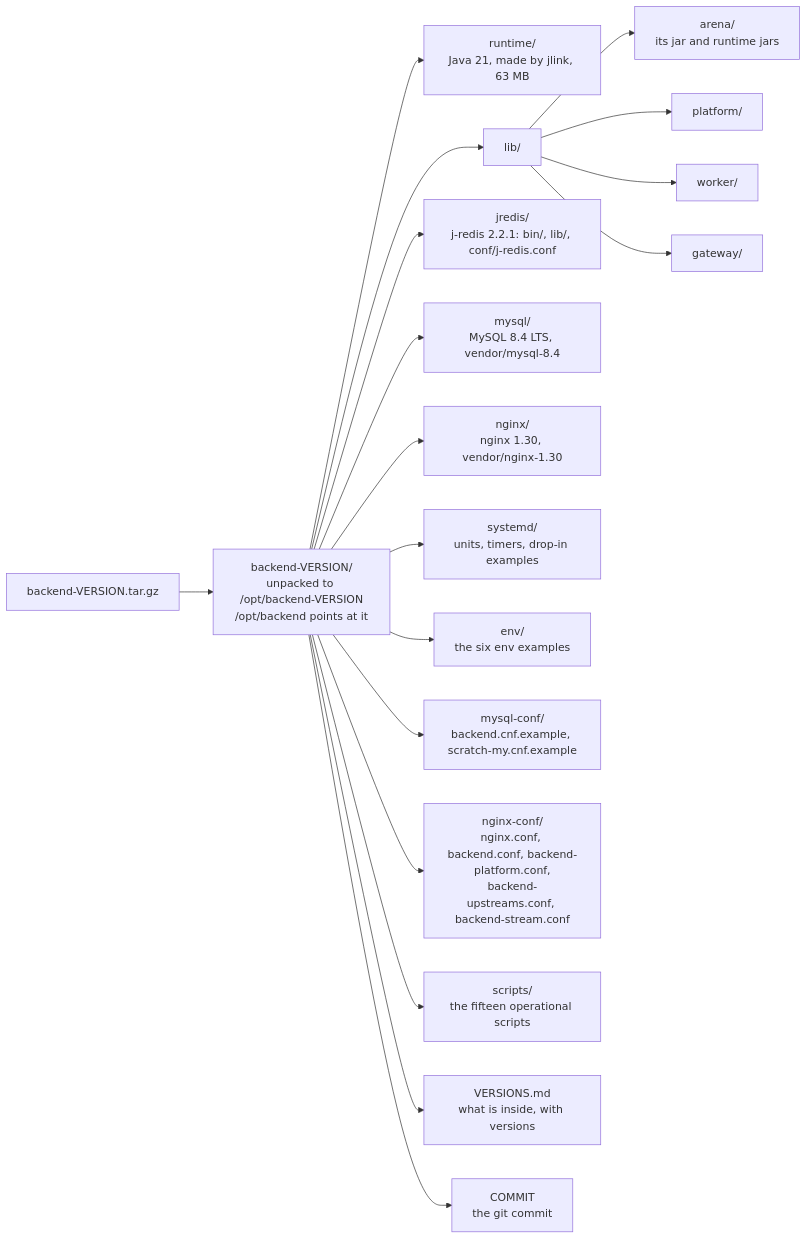
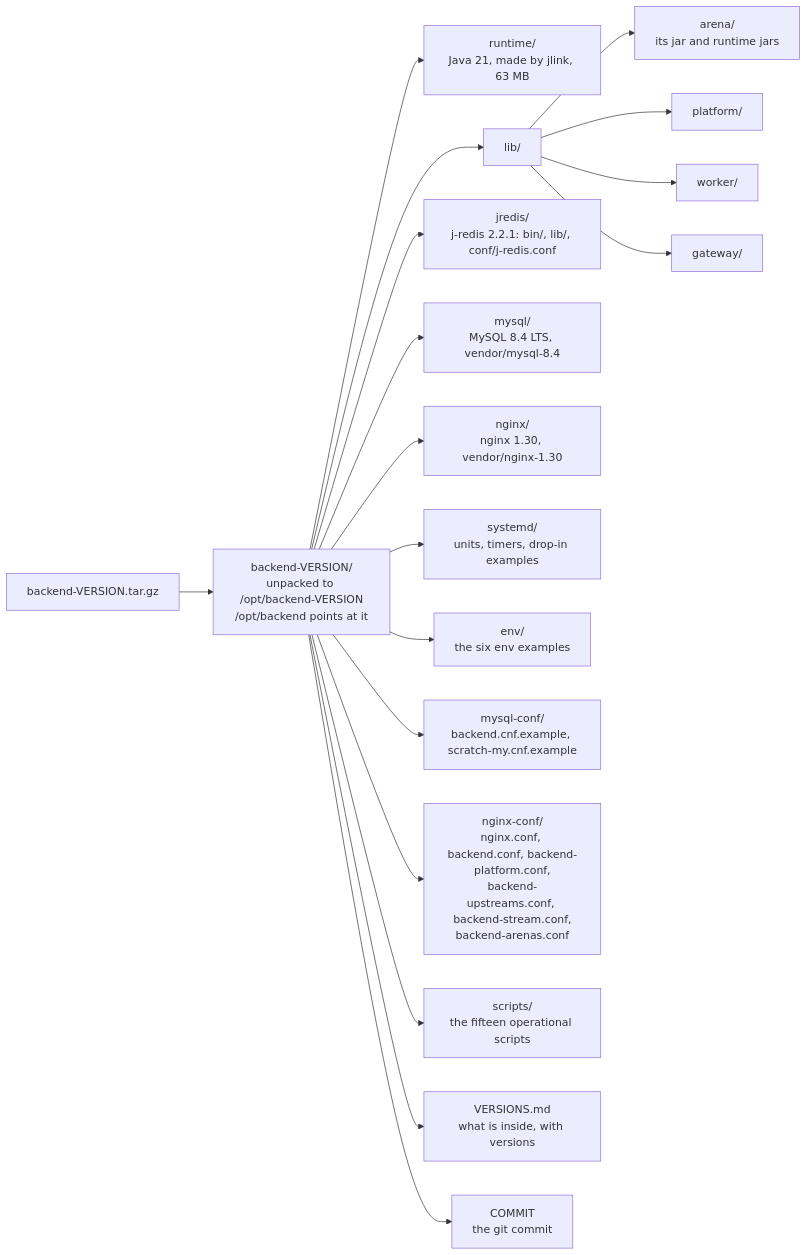
One commit to greensoft-atom/depio-simulation-platform changed the fourth of 9 diagrams in docs/diagrams/07-deploy-and-operations.md. Above: the diagram before and after it, drawn with Mermaid. The commit also changed other lines of this file and 121 other files, not shown here.

````diff
--- a/docs/diagrams/07-deploy-and-operations.md
+++ b/docs/diagrams/07-deploy-and-operations.md
@@ -168,38 +185,38 @@
 ```mermaid
 flowchart LR
     tgz["backend-VERSION.tar.gz"]
     root["backend-VERSION/<br/>unpacked to /opt/backend-VERSION<br/>/opt/backend points at it"]
     rt["runtime/<br/>Java 21, made by jlink, 63 MB"]
     lib["lib/"]
     la["arena/<br/>its jar and runtime jars"]
     lp["platform/"]
     lw["worker/"]
     lg["gateway/"]
     jr["jredis/<br/>j-redis 2.2.1: bin/, lib/, conf/j-redis.conf"]
     my["mysql/<br/>MySQL 8.4 LTS, vendor/mysql-8.4"]
     ng["nginx/<br/>nginx 1.30, vendor/nginx-1.30"]
     sd["systemd/<br/>units, timers, drop-in examples"]
     ev["env/<br/>the six env examples"]
     mc["mysql-conf/<br/>backend.cnf.example, scratch-my.cnf.example"]
-    nc["nginx-conf/<br/>nginx.conf, backend.conf, backend-platform.conf,<br/>backend-upstreams.conf, backend-stream.conf"]
+    nc["nginx-conf/<br/>nginx.conf, backend.conf, backend-platform.conf,<br/>backend-upstreams.conf, backend-stream.conf,<br/>backend-arenas.conf"]
     sc["scripts/<br/>the fifteen operational scripts"]
     vs["VERSIONS.md<br/>what is inside, with versions"]
     cm["COMMIT<br/>the git commit"]
     tgz --> root
     root --> rt
     root --> lib
     lib --> la
     lib --> lp
     lib --> lw
     lib --> lg
     root --> jr
     root --> my
     root --> ng
     root --> sd
     root --> ev
     root --> mc
     root --> nc
     root --> sc
     root --> vs
     root --> cm
 ```
````
